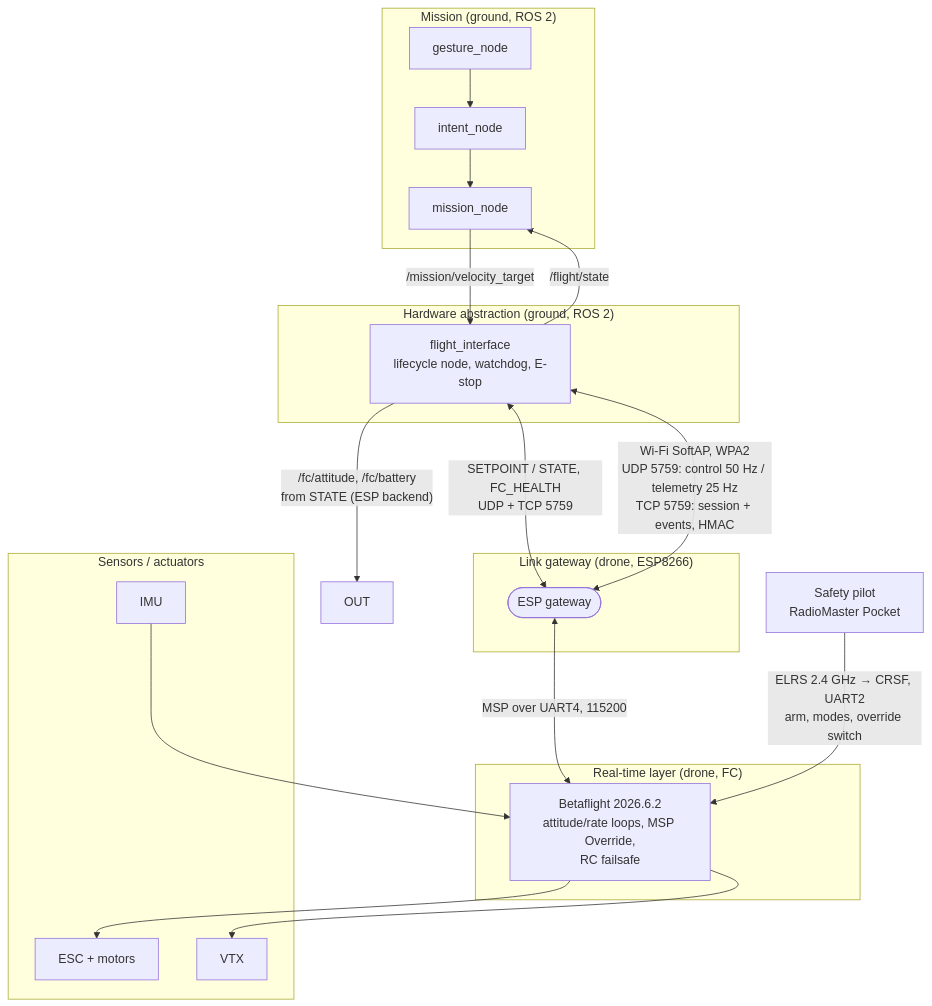
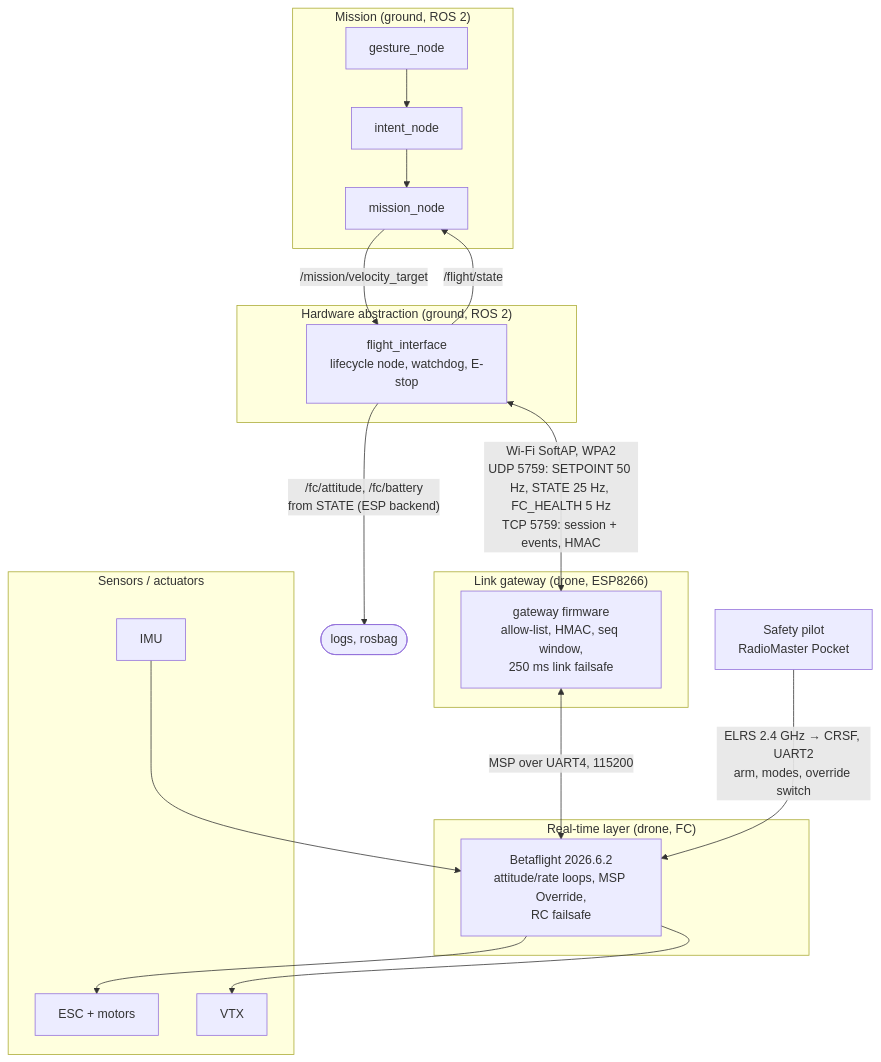
Before and after one commit to SEAME-pt/SEA-ME_Team1_ROSRangers: the first of 2 diagrams in docs/PraticalPlan/03 Architecture/Architecture Document.md, drawn with Mermaid. The commit also changed other lines of this file, not shown here.

First line of the commit message:
Finish the architecture document (#98) (#216)

````diff
--- a/docs/PraticalPlan/03 Architecture/Architecture Document.md
+++ b/docs/PraticalPlan/03 Architecture/Architecture Document.md
@@ -26,27 +26,26 @@
 ```mermaid
 flowchart TB
   subgraph L1["Mission (ground, ROS 2)"]
     GEST[gesture_node] --> INT[intent_node] --> MIS[mission_node]
   end
   subgraph L2["Hardware abstraction (ground, ROS 2)"]
     FI["flight_interface<br/>lifecycle node, watchdog, E-stop"]
   end
   subgraph L3["Link gateway (drone, ESP8266)"]
     ESP["gateway firmware<br/>allow-list, HMAC, seq window,<br/>250 ms link failsafe"]
   end
   subgraph L4["Real-time layer (drone, FC)"]
     FC["Betaflight 2026.6.2<br/>attitude/rate loops, MSP Override,<br/>RC failsafe"]
   end
   subgraph L5["Sensors / actuators"]
     IMU[IMU] --> FC
     FC --> ESC[ESC + motors]
     FC --> VTX[VTX]
   end
   MIS -->|"/mission/velocity_target"| FI
   FI -->|"/flight/state"| MIS
-  FI <-->|"SETPOINT / STATE, FC_HEALTH<br/>UDP + TCP 5759"| ESP([ESP gateway])
-  FI -->|"/fc/attitude, /fc/battery<br/>from STATE (ESP backend)"| OUT
-  FI <-->|"Wi-Fi SoftAP, WPA2<br/>UDP 5759: control 50 Hz / telemetry 25 Hz<br/>TCP 5759: session + events, HMAC"| ESP
+  FI -->|"/fc/attitude, /fc/battery<br/>from STATE (ESP backend)"| OUT([logs, rosbag])
+  FI <-->|"Wi-Fi SoftAP, WPA2<br/>UDP 5759: SETPOINT 50 Hz, STATE 25 Hz, FC_HEALTH 5 Hz<br/>TCP 5759: session + events, HMAC"| ESP
   ESP <-->|"MSP over UART4, 115200"| FC
   PILOT["Safety pilot<br/>RadioMaster Pocket"] -->|"ELRS 2.4 GHz → CRSF, UART2<br/>arm, modes, override switch"| FC
 ```
````
